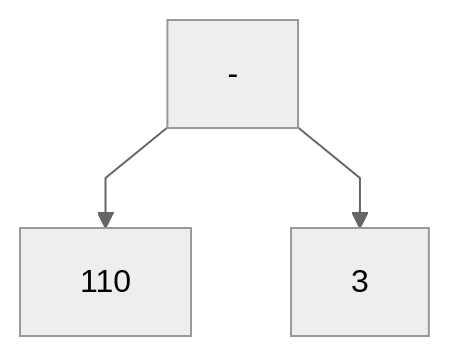
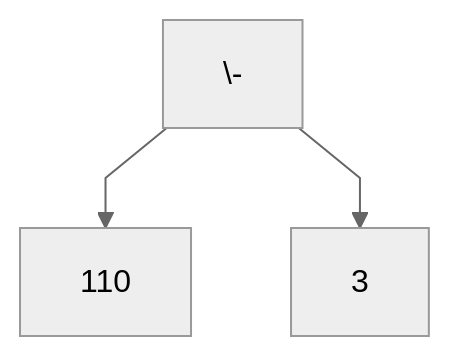
One commit to blackbat13/edu-cs-htiew-pl changed the fourth of 5 diagrams in docs/matura-z-informatyki/przygotowanie/algorithmic/simulations/arithmetic-tree/solution-2.md. Above: the diagram before and after it, drawn with Mermaid. The commit also changed other lines of this file, not shown here.

````diff
--- a/docs/matura-z-informatyki/przygotowanie/algorithmic/simulations/arithmetic-tree/solution-2.md
+++ b/docs/matura-z-informatyki/przygotowanie/algorithmic/simulations/arithmetic-tree/solution-2.md
@@ -44,6 +44,6 @@
 ```mermaid
 %%{init: {"flowchart": {"curve": "linear"}, "theme": "neutral"} }%%
 flowchart TD
-    op1["-"] --> op2["110"]
+    op1["\-"] --> op2["110"]
     op1 --> n5["3"] 
 ```
````
